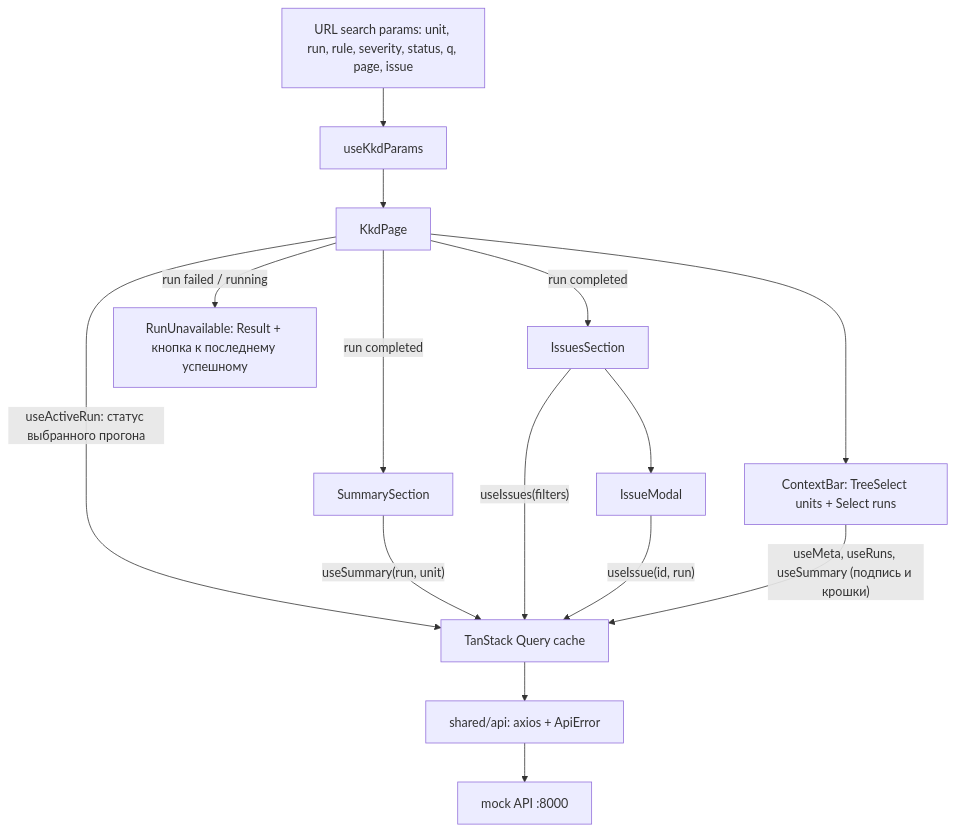
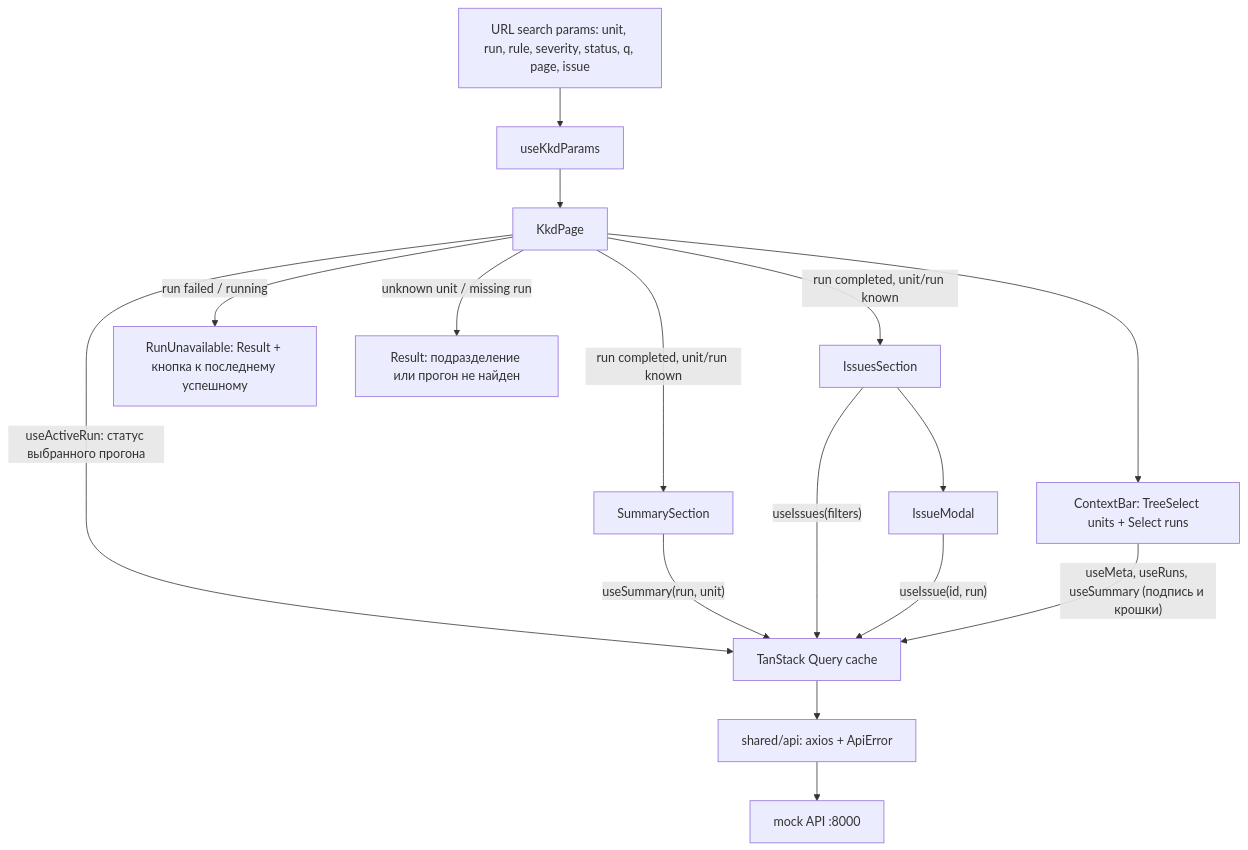
One commit to Smoke52ru/Solution-Factory_KKD changed the diagram in specs/design.md. Above: the diagram before and after it, drawn with Mermaid. The commit also changed other lines of this file and 1 other file, not shown here.

````diff
--- a/specs/design.md
+++ b/specs/design.md
@@ -7,16 +7,17 @@
 ```mermaid
 flowchart TD
   URL["URL search params: unit, run, rule, severity, status, q, page, issue"] --> Params[useKkdParams]
   Params --> Page[KkdPage]
   Page -->|"useActiveRun: статус выбранного прогона"| RQ[TanStack Query cache]
   Page --> ContextBar["ContextBar: TreeSelect units + Select runs"]
-  Page -->|"run completed"| Summary[SummarySection]
-  Page -->|"run completed"| Issues[IssuesSection]
+  Page -->|"run completed, unit/run known"| Summary[SummarySection]
+  Page -->|"run completed, unit/run known"| Issues[IssuesSection]
   Page -->|"run failed / running"| Unavailable["RunUnavailable: Result + кнопка к последнему успешному"]
+  Page -->|"unknown unit / missing run"| Missing["Result: подразделение или прогон не найден"]
   Issues --> Modal[IssueModal]
   Summary -->|"useSummary(run, unit)"| RQ
   Issues -->|"useIssues(filters)"| RQ
   Modal -->|"useIssue(id, run)"| RQ
   ContextBar -->|"useMeta, useRuns, useSummary (подпись и крошки)"| RQ
   RQ --> Api["shared/api: axios + ApiError"] --> Mock["mock API :8000"]
 ```
````
